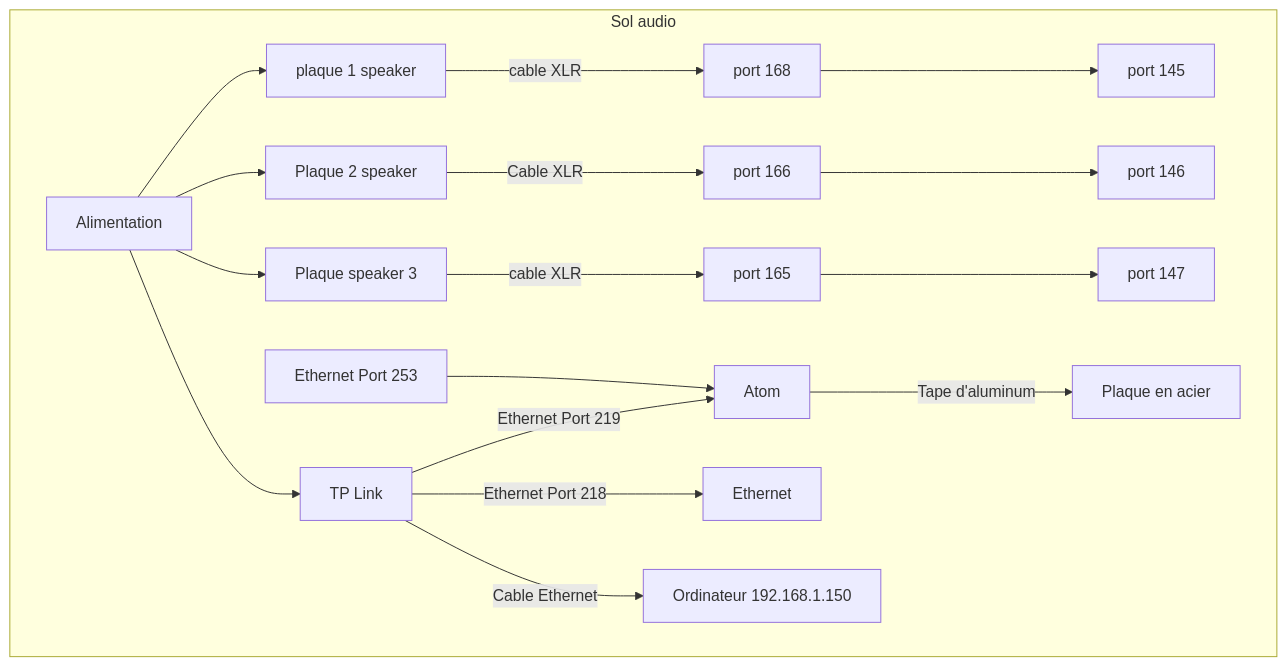
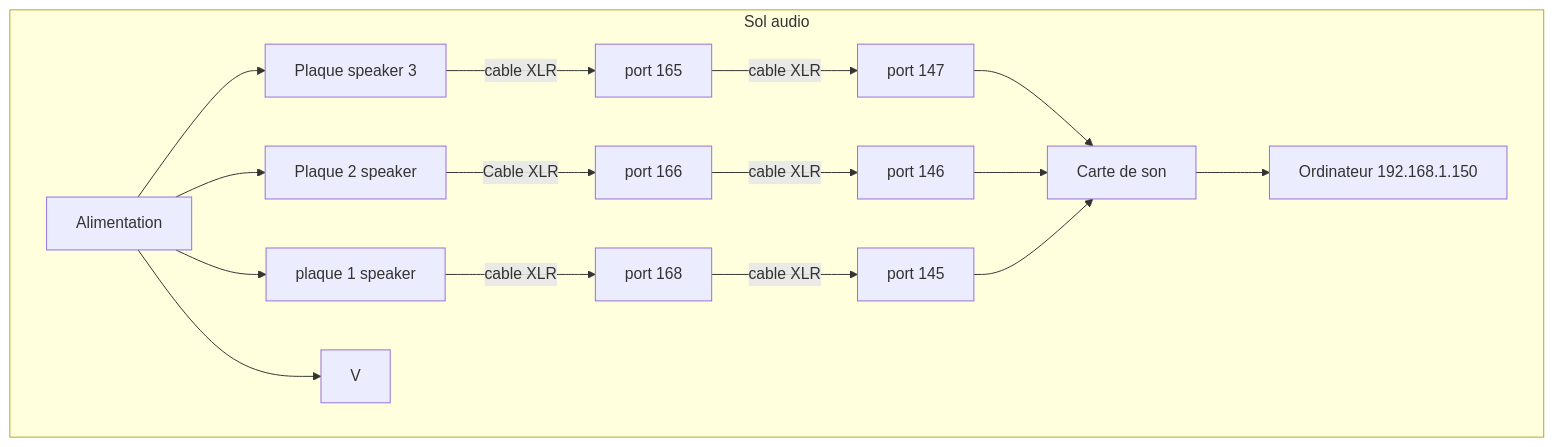
The fourth of 4 diagrams in 40_maquette/README.md (Miaou-Mafia/projet-luminatura), drawn with Mermaid before and after one commit.

````diff
--- a/40_maquette/README.md
+++ b/40_maquette/README.md
@@ -196,17 +196,16 @@
 ```mermaid
 flowchart TD
     subgraph Sol audio
         N[Alimentation] --> O
-        O[ plaque 1 speaker] -->| cable XLR | P[port 168] --> H[ port 145]
+        O[ plaque 1 speaker] -->| cable XLR | P[port 168] -->| cable XLR | H[ port 145]
         N --> R[Plaque 2 speaker]
-        R -->| Cable XLR | S[port 166] --> I[ port 146]
+        R -->| Cable XLR | S[port 166] -->| cable XLR | I[ port 146]
         N --> T
-        T[Plaque speaker 3] -->| cable XLR | U[ port 165] --> G[ port 147]
+        T[Plaque speaker 3] -->| cable XLR | U[ port 165] -->| cable XLR | G[ port 147]
         N --> V
-        V[TP Link] --> | Ethernet Port 219 | Atom
-        Atom --> | Tape d'aluminum | X[Plaque en acier]
-        Y[ Ethernet Port 253] --> Atom
-        V --> | Ethernet Port 218 | Ethernet
-        V --> | Cable Ethernet | W[Ordinateur 192.168.1.150]
+        G --> F
+        I --> F
+        H --> F
+        F[Carte de son] --> W[Ordinateur 192.168.1.150]
     end
 ```
````
